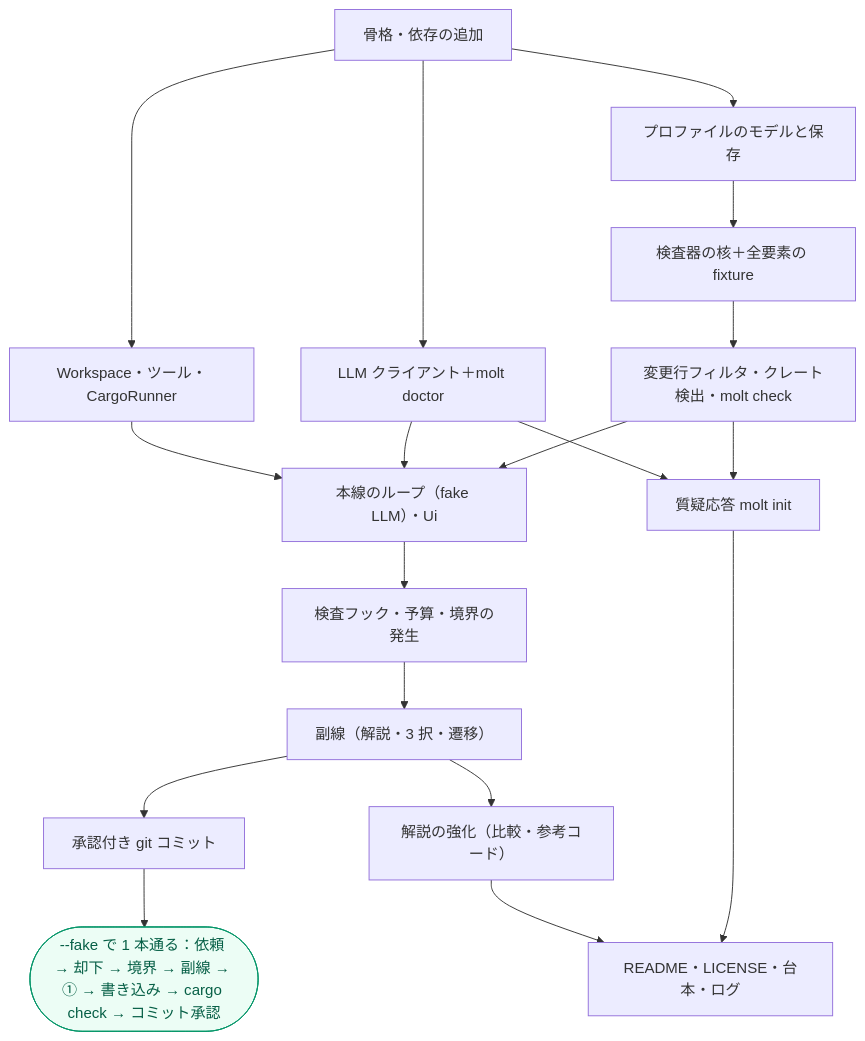
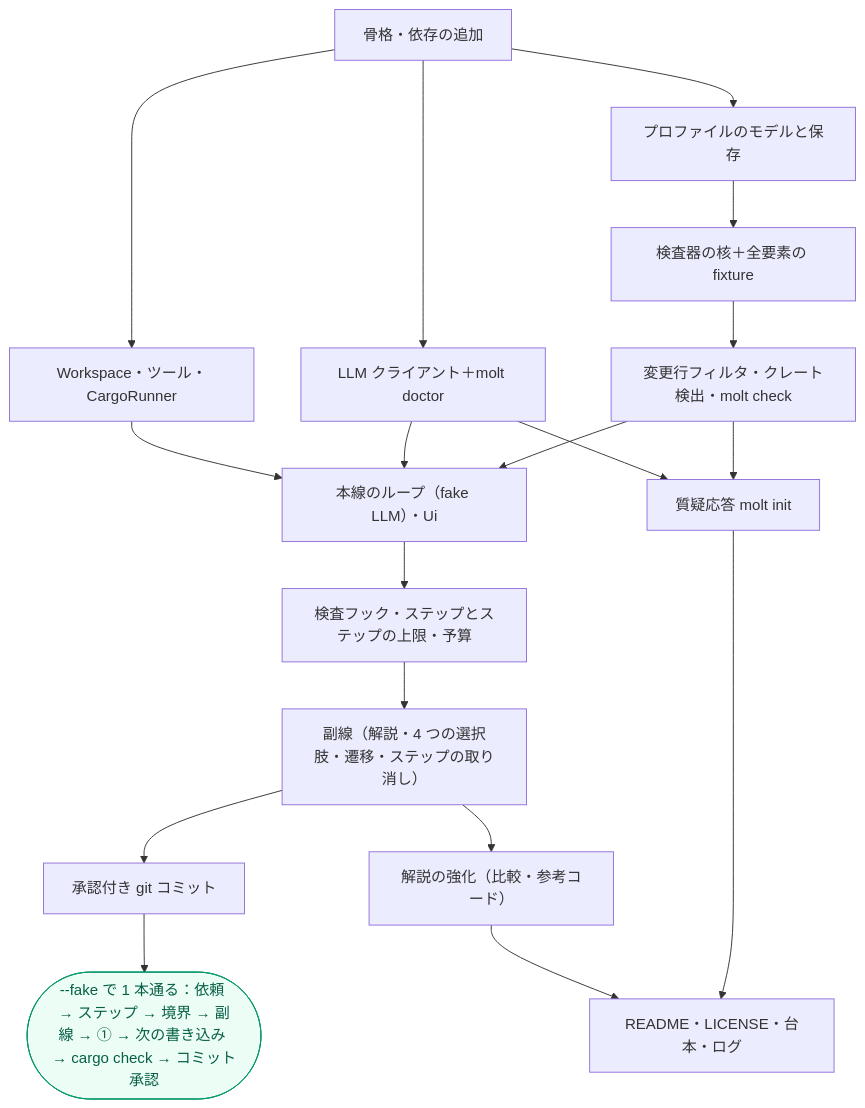
One commit to sumiredc/molt changed the ninth of 9 diagrams in PRD.ja.md. Above: the diagram before and after it, drawn with Mermaid. The commit also changed other lines of this file and 1 other file, not shown here.

````diff
--- a/PRD.ja.md
+++ b/PRD.ja.md
@@ -471,21 +490,21 @@
 ```mermaid
 flowchart TB
   s0["骨格・依存の追加"] --> s1["プロファイルのモデルと保存"]
   s1 --> s2["検査器の核＋全要素の fixture"]
   s2 --> s3["変更行フィルタ・クレート検出・molt check"]
   s0 --> s4["LLM クライアント＋molt doctor"]
   s0 --> s5["Workspace・ツール・CargoRunner"]
   s3 --> s6["本線のループ（fake LLM）・Ui"]
   s4 --> s6
   s5 --> s6
-  s6 --> s7["検査フック・予算・境界の発生"]
-  s7 --> s8["副線（解説・3 択・遷移）"]
+  s6 --> s7["検査フック・ステップとステップの上限・予算"]
+  s7 --> s8["副線（解説・4 つの選択肢・遷移・ステップの取り消し）"]
   s8 --> s9["承認付き git コミット"]
-  s9 --> m(["--fake で 1 本通る：依頼 → 却下 → 境界 → 副線 → ① → 書き込み → cargo check → コミット承認"]):::ok
+  s9 --> m(["--fake で 1 本通る：依頼 → ステップ → 境界 → 副線 → ① → 次の書き込み → cargo check → コミット承認"]):::ok
   s3 --> s10["質疑応答 molt init"]
   s4 --> s10
   s8 --> s11["解説の強化（比較・参考コード）"]
   s10 --> s12["README・LICENSE・台本・ログ"]
   s11 --> s12
   classDef ok fill:#ecfdf5,stroke:#059669,color:#065f46
 ```
````
